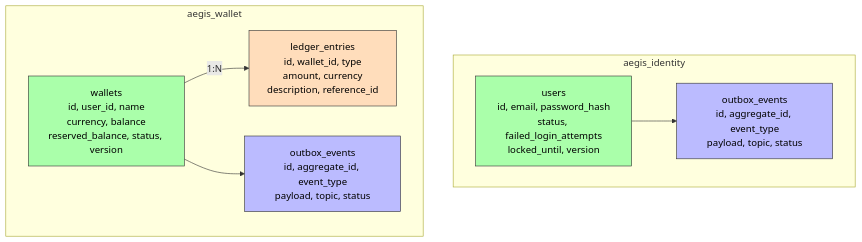
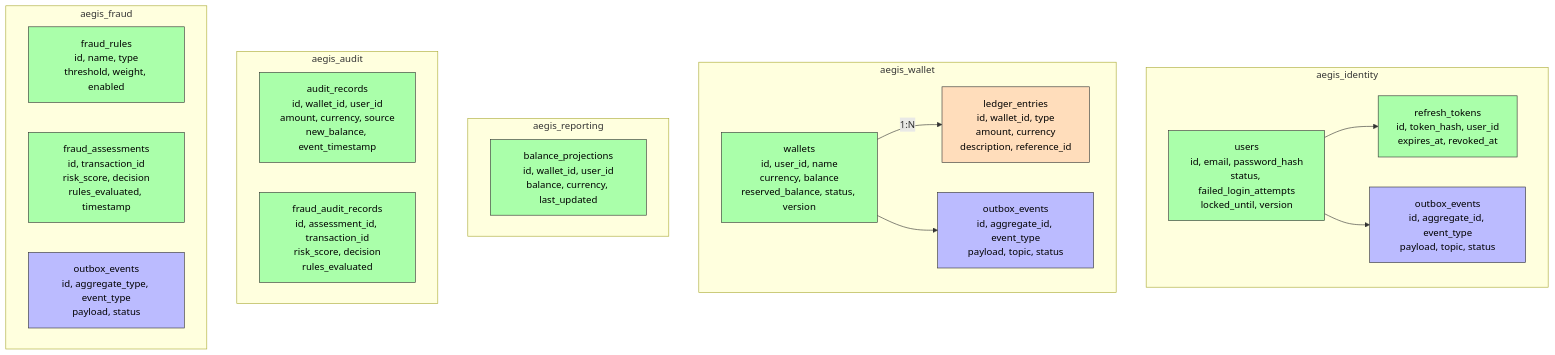
The diagram in docs/obsidian/05 - Infrastructure/Database Schema.md (AlexAlvarezGallardo-GitHub/Aegis), drawn with Mermaid before and after one commit. The commit also changed other lines of this file and 3 other files, not shown here.

````diff
--- a/docs/obsidian/05 - Infrastructure/Database Schema.md
+++ b/docs/obsidian/05 - Infrastructure/Database Schema.md
@@ -9,20 +9,41 @@
 ```mermaid
 graph TB
     subgraph "aegis_identity"
         Users["users<br/>id, email, password_hash<br/>status, failed_login_attempts<br/>locked_until, version"]
+        Tokens["refresh_tokens<br/>id, token_hash, user_id<br/>expires_at, revoked_at"]
         OutboxI["outbox_events<br/>id, aggregate_id, event_type<br/>payload, topic, status"]
     end
     subgraph "aegis_wallet"
         Wallets["wallets<br/>id, user_id, name<br/>currency, balance<br/>reserved_balance, status, version"]
         Ledger["ledger_entries<br/>id, wallet_id, type<br/>amount, currency<br/>description, reference_id"]
         OutboxW["outbox_events<br/>id, aggregate_id, event_type<br/>payload, topic, status"]
     end
+    subgraph "aegis_reporting"
+        Projections["balance_projections<br/>id, wallet_id, user_id<br/>balance, currency, last_updated"]
+    end
+    subgraph "aegis_audit"
+        AuditRec["audit_records<br/>id, wallet_id, user_id<br/>amount, currency, source<br/>new_balance, event_timestamp"]
+        FraudAudit["fraud_audit_records<br/>id, assessment_id, transaction_id<br/>risk_score, decision<br/>rules_evaluated"]
+    end
+    subgraph "aegis_fraud"
+        FraudRules["fraud_rules<br/>id, name, type<br/>threshold, weight, enabled"]
+        Assessments["fraud_assessments<br/>id, transaction_id<br/>risk_score, decision<br/>rules_evaluated, timestamp"]
+        OutboxF["outbox_events<br/>id, aggregate_type, event_type<br/>payload, status"]
+    end
     Wallets -->|"1:N"| Ledger
+    Users --> Tokens
     Users --> OutboxI
     Wallets --> OutboxW
     style Users fill:#afa,stroke:#333,color:#000
+    style Tokens fill:#afa,stroke:#333,color:#000
     style Wallets fill:#afa,stroke:#333,color:#000
     style Ledger fill:#fdb,stroke:#333,color:#000
     style OutboxI fill:#bbf,stroke:#333,color:#000
     style OutboxW fill:#bbf,stroke:#333,color:#000
+    style Projections fill:#afa,stroke:#333,color:#000
+    style AuditRec fill:#afa,stroke:#333,color:#000
+    style FraudAudit fill:#afa,stroke:#333,color:#000
+    style FraudRules fill:#afa,stroke:#333,color:#000
+    style Assessments fill:#afa,stroke:#333,color:#000
+    style OutboxF fill:#bbf,stroke:#333,color:#000
 ```
````
